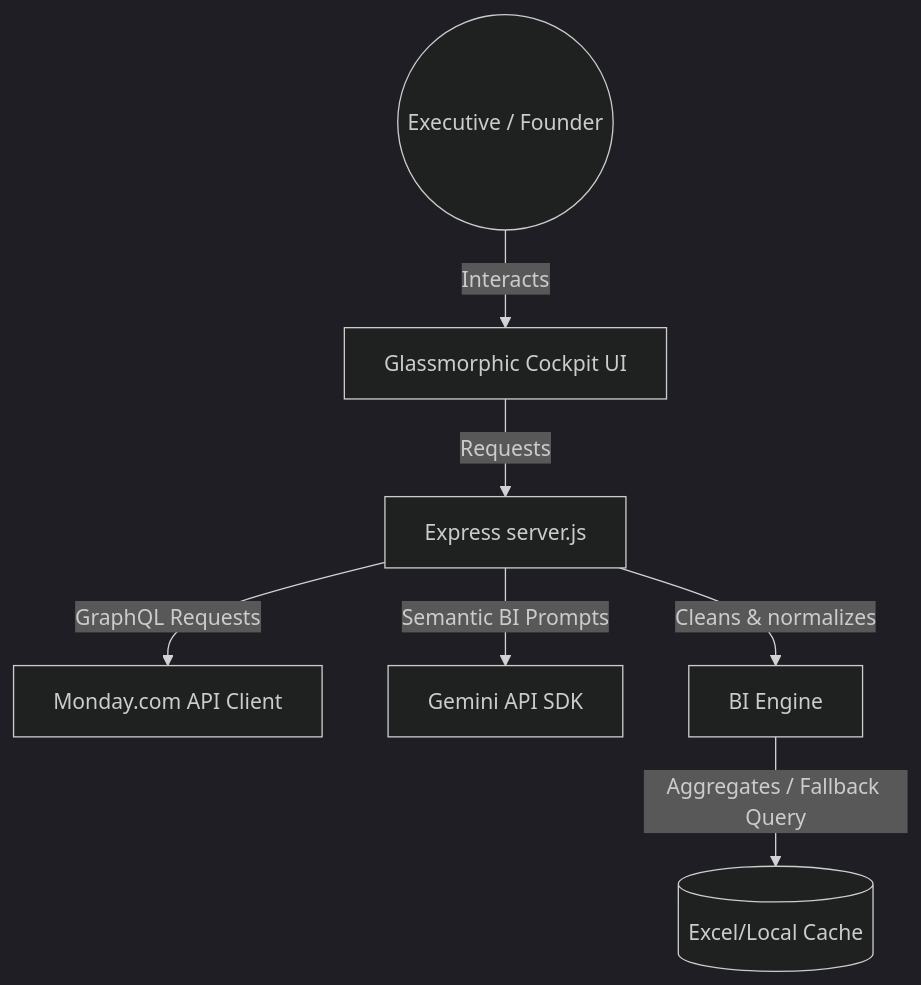
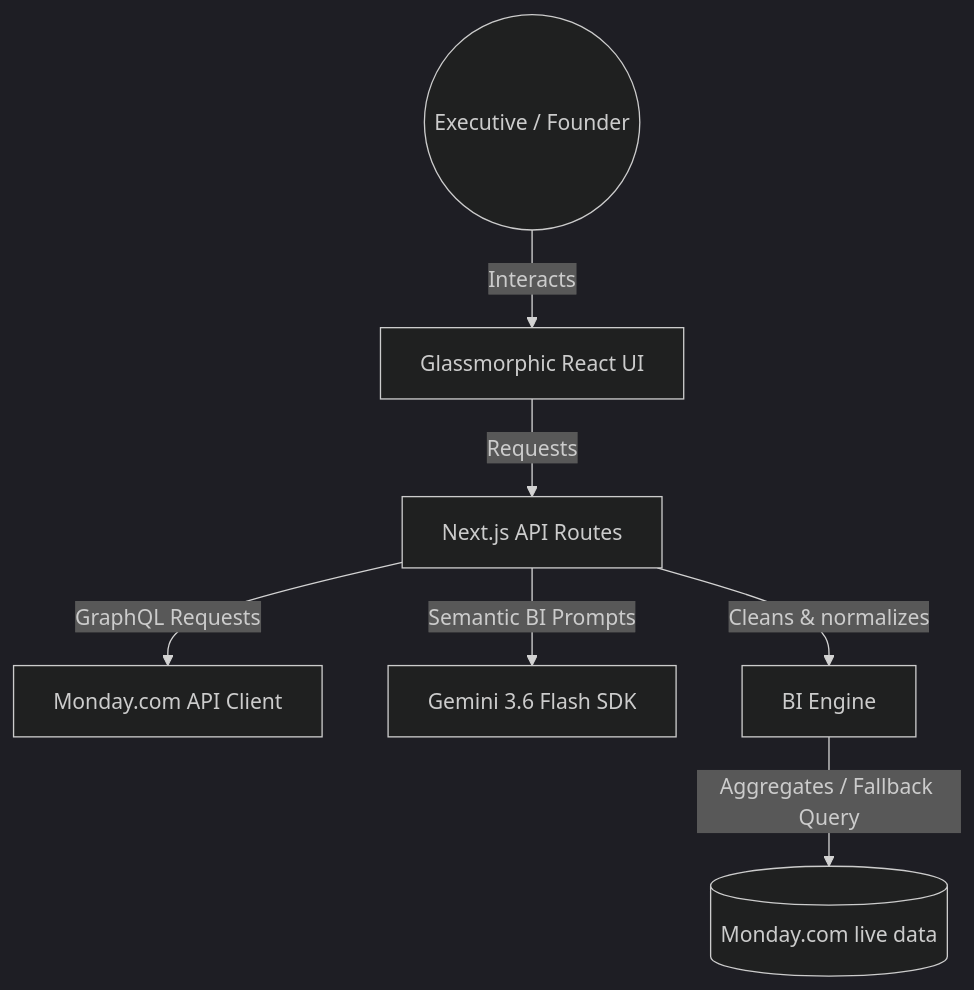
Before and after one commit to BhavithaReddy28/skylark-monday-bi-agent: the diagram in README.md, drawn with Mermaid (dark theme). The commit also changed other lines of this file and 1 other file, not shown here.

Commit message:
Update docs to reflect Next.js architecture

````diff
--- a/README.md
+++ b/README.md
@@ -11,9 +13,9 @@
 ```mermaid
 graph TD
-  User((Executive / Founder)) -->|Interacts| UI[Glassmorphic Cockpit UI]
-  UI -->|Requests| Express[Express server.js]
-  Express -->|GraphQL Requests| Monday[Monday.com API Client]
-  Express -->|Semantic BI Prompts| Gemini[Gemini API SDK]
-  Express -->|Cleans & normalizes| BI[BI Engine]
-  BI -->|Aggregates / Fallback Query| Excel[(Excel/Local Cache)]
+  User((Executive / Founder)) -->|Interacts| UI[Glassmorphic React UI]
+  UI -->|Requests| Next[Next.js API Routes]
+  Next -->|GraphQL Requests| Monday[Monday.com API Client]
+  Next -->|Semantic BI Prompts| Gemini[Gemini 3.6 Flash SDK]
+  Next -->|Cleans & normalizes| BI[BI Engine]
+  BI -->|Aggregates / Fallback Query| Excel[(Monday.com live data)]
 ```
````
